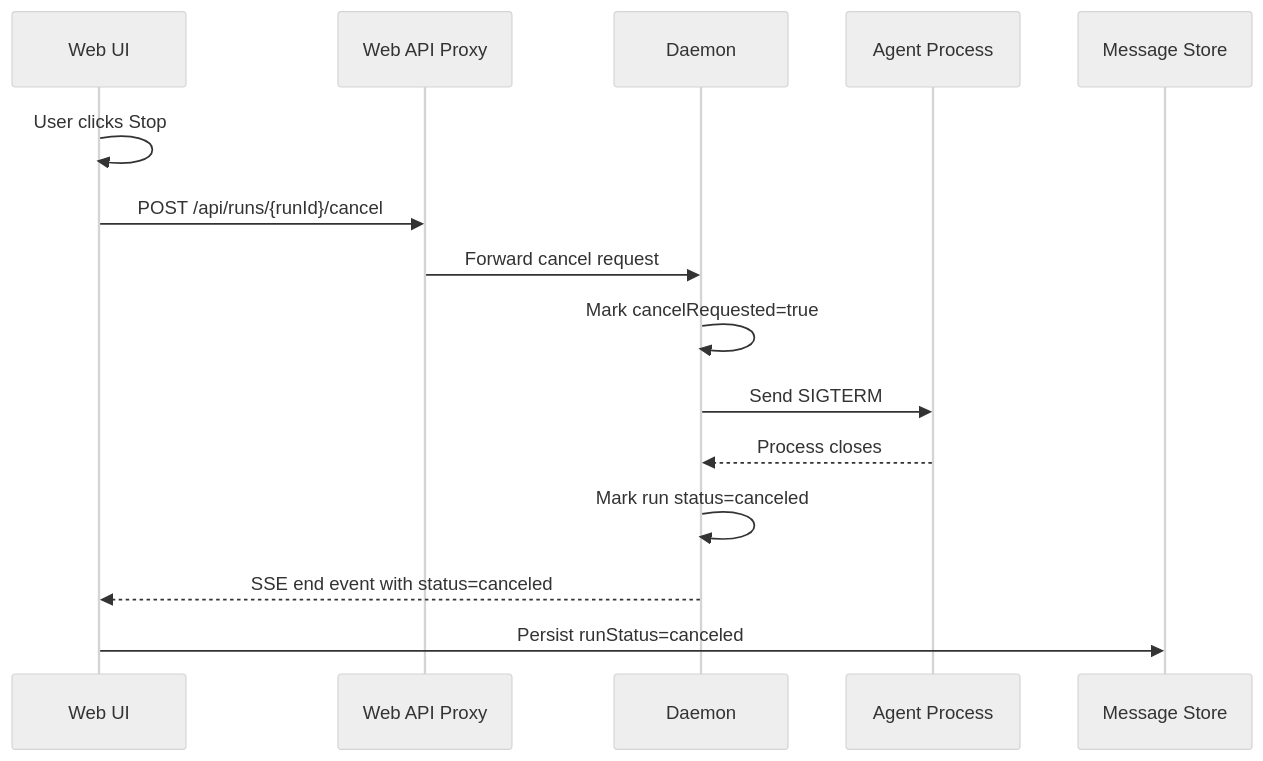
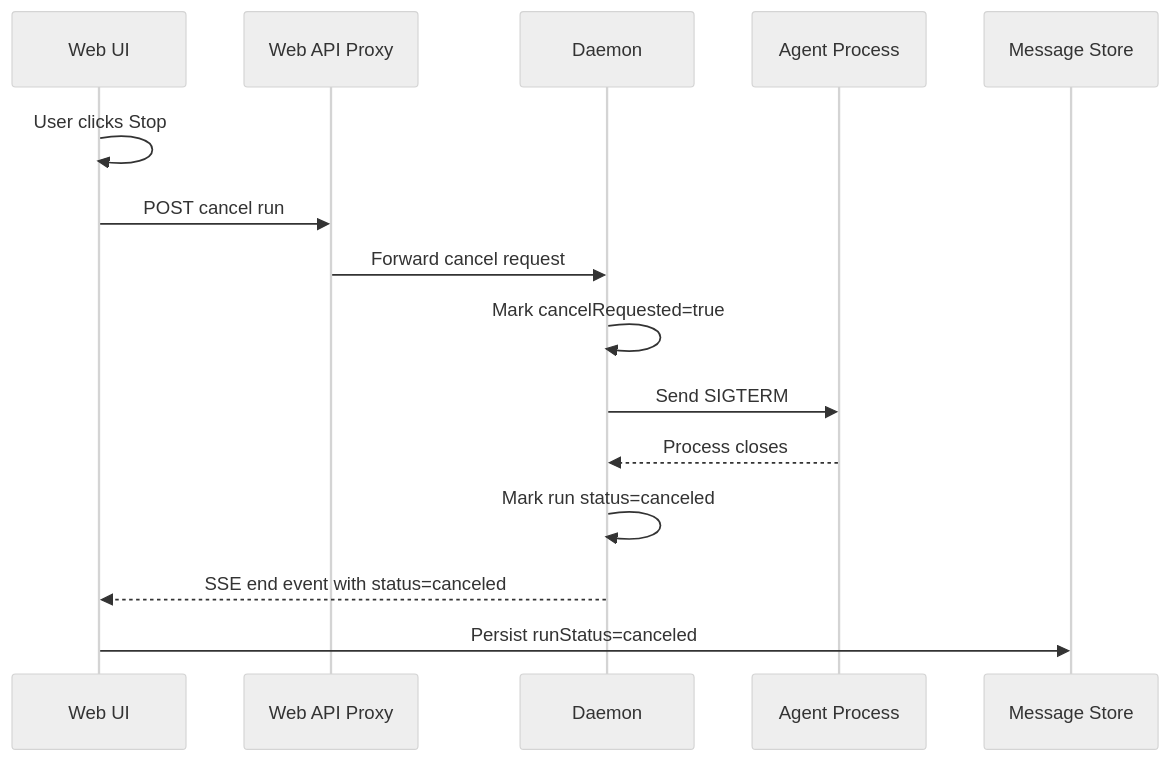
The fourth of 4 diagrams in specs/current/run.md (nexu-io/open-design), drawn with Mermaid (neutral theme) before and after one commit. The commit also changed other lines of this file, not shown here.

````diff
--- a/specs/current/run.md
+++ b/specs/current/run.md
@@ -208,18 +179,18 @@
 ```mermaid
 sequenceDiagram
   participant Web as Web UI
   participant API as Web API Proxy
   participant Daemon as Daemon
   participant Agent as Agent Process
   participant Store as Message Store
 
   Web->>Web: User clicks Stop
-  Web->>API: POST /api/runs/{runId}/cancel
+  Web->>API: POST cancel run
   API->>Daemon: Forward cancel request
   Daemon->>Daemon: Mark cancelRequested=true
   Daemon->>Agent: Send SIGTERM
   Agent-->>Daemon: Process closes
   Daemon->>Daemon: Mark run status=canceled
   Daemon-->>Web: SSE end event with status=canceled
   Web->>Store: Persist runStatus=canceled
 ```
````
